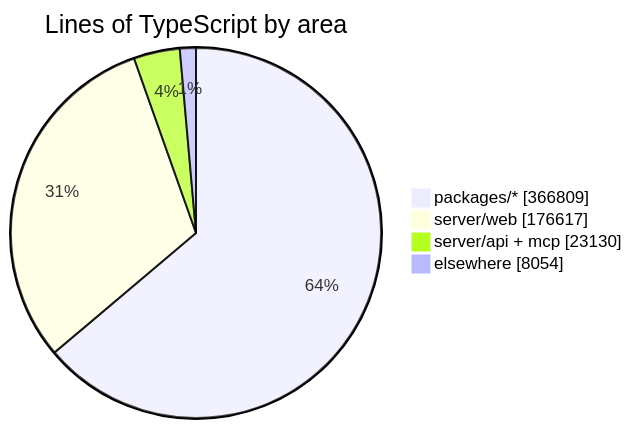
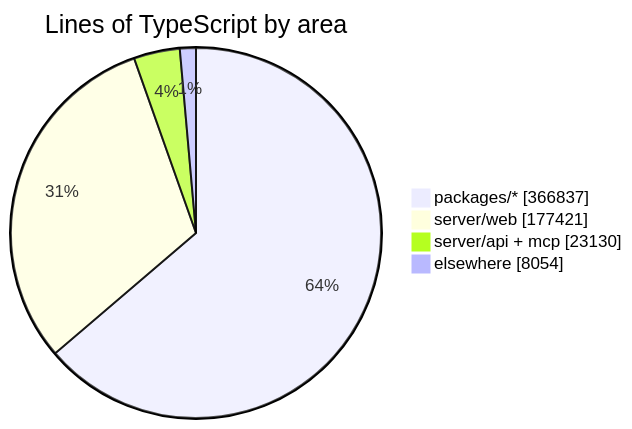
The diagram in README.md (crossworks-engineering/mantle), drawn with Mermaid before and after one commit. The commit also changed other lines of this file and 2 other files, not shown here.

````diff
--- a/README.md
+++ b/README.md
@@ -294,7 +294,7 @@
 ```mermaid
 pie showData title Lines of TypeScript by area
-    "packages/*" : 366809
-    "server/web" : 176617
+    "packages/*" : 366837
+    "server/web" : 177421
     "server/api + mcp" : 23130
     "elsewhere" : 8054
 ```
````
